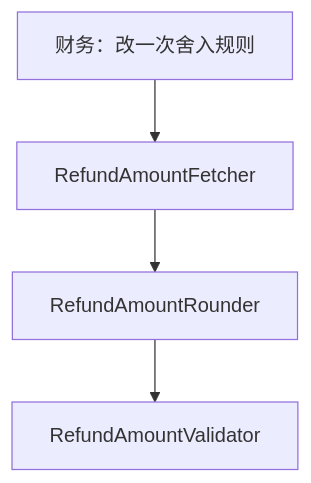
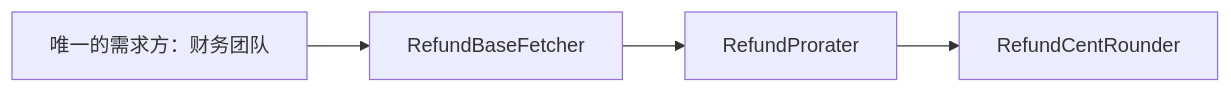
One commit to ffzz/blog changed the second of 2 diagrams in src/content/notes/zh/single-responsibility-is-an-actor.md. Above: the diagram before and after it, drawn with Mermaid. The commit also changed other lines of this file and 16 other files, not shown here.

````diff
--- a/src/content/notes/zh/single-responsibility-is-an-actor.md
+++ b/src/content/notes/zh/single-responsibility-is-an-actor.md
@@ -188,6 +212,6 @@
 ```mermaid
-flowchart TB
-    R["财务：改一次舍入规则"] --> F["RefundAmountFetcher"]
-    F --> O["RefundAmountRounder"]
-    O --> V["RefundAmountValidator"]
+flowchart LR
+    Actor["唯一的需求方：财务团队"] --> C1["RefundBaseFetcher"]
+    C1 --> C2["RefundProrater"]
+    C2 --> C3["RefundCentRounder"]
 ```
````
